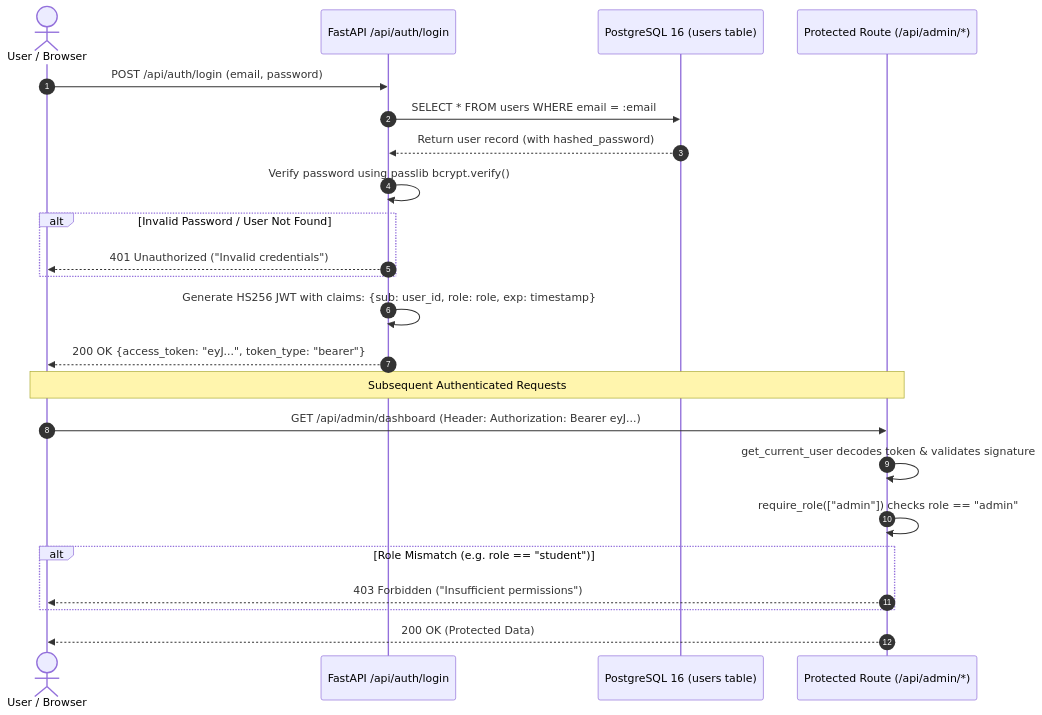
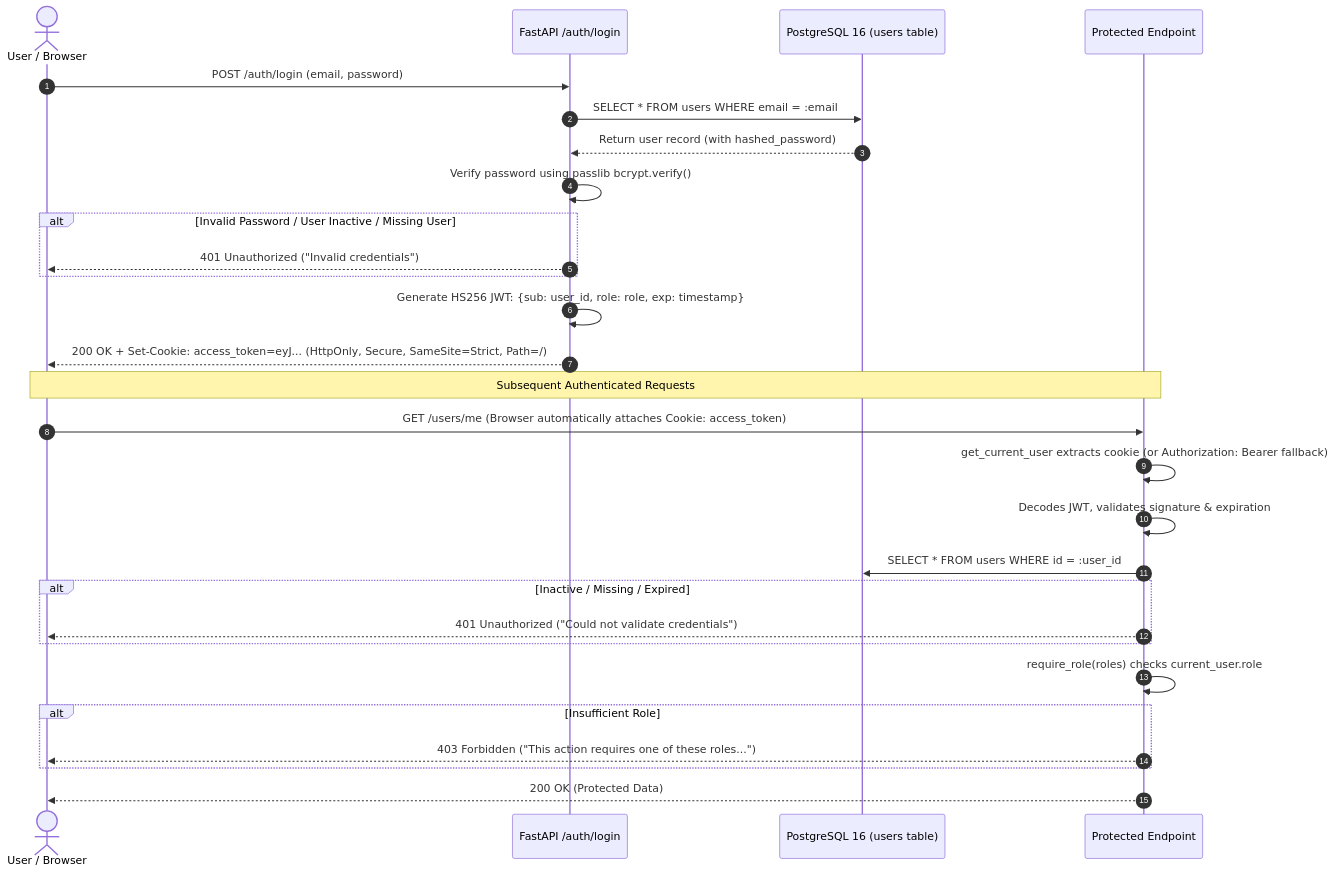
Before and after one commit to Hishamct/eduIntel: the first of 2 diagrams in docs/security/auth-and-rbac.md, drawn with Mermaid. The commit also changed other lines of this file and 11 other files, not shown here.

````diff
--- a/docs/security/auth-and-rbac.md
+++ b/docs/security/auth-and-rbac.md
@@ -11,27 +11,32 @@
 ```mermaid
 sequenceDiagram
     autonumber
     actor Client as User / Browser
-    participant API as FastAPI /api/auth/login
+    participant API as FastAPI /auth/login
     participant DB as PostgreSQL 16 (users table)
-    participant Protected as Protected Route (/api/admin/*)
+    participant Protected as Protected Endpoint
 
-    Client->>API: POST /api/auth/login (email, password)
+    Client->>API: POST /auth/login (email, password)
     API->>DB: SELECT * FROM users WHERE email = :email
     DB-->>API: Return user record (with hashed_password)
     API->>API: Verify password using passlib bcrypt.verify()
-    alt Invalid Password / User Not Found
+    alt Invalid Password / User Inactive / Missing User
         API-->>Client: 401 Unauthorized ("Invalid credentials")
     end
-    API->>API: Generate HS256 JWT with claims: {sub: user_id, role: role, exp: timestamp}
-    API-->>Client: 200 OK {access_token: "eyJ...", token_type: "bearer"}
+    API->>API: Generate HS256 JWT: {sub: user_id, role: role, exp: timestamp}
+    API-->>Client: 200 OK + Set-Cookie: access_token=eyJ... (HttpOnly, Secure, SameSite=Strict, Path=/)
 
     Note over Client,Protected: Subsequent Authenticated Requests
-    Client->>Protected: GET /api/admin/dashboard (Header: Authorization: Bearer eyJ...)
-    Protected->>Protected: get_current_user decodes token & validates signature
-    Protected->>Protected: require_role(["admin"]) checks role == "admin"
-    alt Role Mismatch (e.g. role == "student")
-        Protected-->>Client: 403 Forbidden ("Insufficient permissions")
+    Client->>Protected: GET /users/me (Browser automatically attaches Cookie: access_token)
+    Protected->>Protected: get_current_user extracts cookie (or Authorization: Bearer fallback)
+    Protected->>Protected: Decodes JWT, validates signature & expiration
+    Protected->>DB: SELECT * FROM users WHERE id = :user_id
+    alt Inactive / Missing / Expired
+        Protected-->>Client: 401 Unauthorized ("Could not validate credentials")
+    end
+    Protected->>Protected: require_role(roles) checks current_user.role
+    alt Insufficient Role
+        Protected-->>Client: 403 Forbidden ("This action requires one of these roles...")
     end
     Protected-->>Client: 200 OK (Protected Data)
 ```
````
